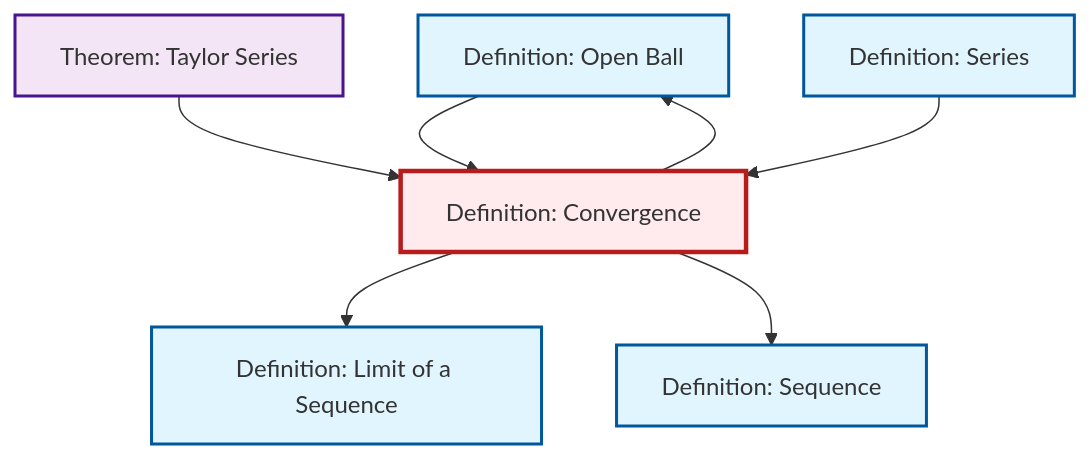
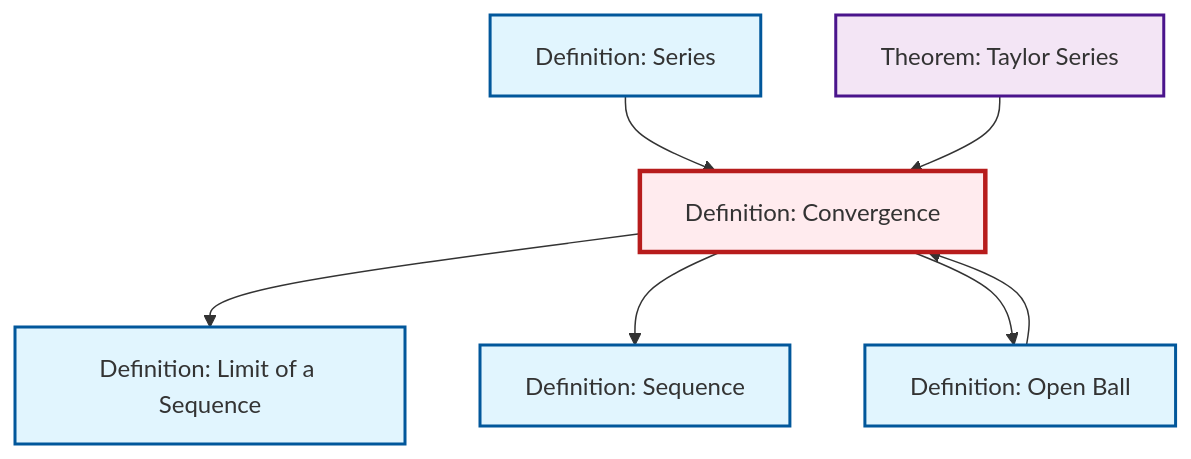
One commit to RK0429/ModernMath changed the diagram in content/en/analysis/def-convergence.qmd. Above: the diagram before and after it, drawn with Mermaid. The commit also changed other lines of this file and 672 other files, not shown here.

````diff
--- a/content/en/analysis/def-convergence.qmd
+++ b/content/en/analysis/def-convergence.qmd
@@ -82,27 +82,27 @@
 ```{mermaid}
 %%| fig-cap: "Local dependency graph"
 graph TD
     classDef definition fill:#e1f5fe,stroke:#01579b,stroke-width:2px
     classDef theorem fill:#f3e5f5,stroke:#4a148c,stroke-width:2px
     classDef axiom fill:#fff3e0,stroke:#e65100,stroke-width:2px
     classDef example fill:#e8f5e9,stroke:#1b5e20,stroke-width:2px
     classDef current fill:#ffebee,stroke:#b71c1c,stroke-width:3px
     def-limit["Definition: Limit of a Sequence"]:::definition
+    def-convergence["Definition: Convergence"]:::definition
     def-open-ball["Definition: Open Ball"]:::definition
     def-series["Definition: Series"]:::definition
-    def-convergence["Definition: Convergence"]:::definition
     def-sequence["Definition: Sequence"]:::definition
     thm-taylor-series["Theorem: Taylor Series"]:::theorem
+    def-convergence --> def-limit
+    def-series --> def-convergence
+    def-convergence --> def-sequence
     def-convergence --> def-open-ball
-    def-convergence --> def-limit
-    def-convergence --> def-sequence
+    thm-taylor-series --> def-convergence
     def-open-ball --> def-convergence
-    thm-taylor-series --> def-convergence
-    def-series --> def-convergence
     class def-convergence current
     click def-limit "def-limit.html" "Go to Limit of a Sequence definition"
     click def-open-ball "def-open-ball.html" "Go to Open Ball definition"
     click def-series "def-series.html" "Go to Series definition"
     click def-sequence "def-sequence.html" "Go to Sequence definition"
     click thm-taylor-series "thm-taylor-series.html" "Go to Taylor Series theorem"
 ```
````
